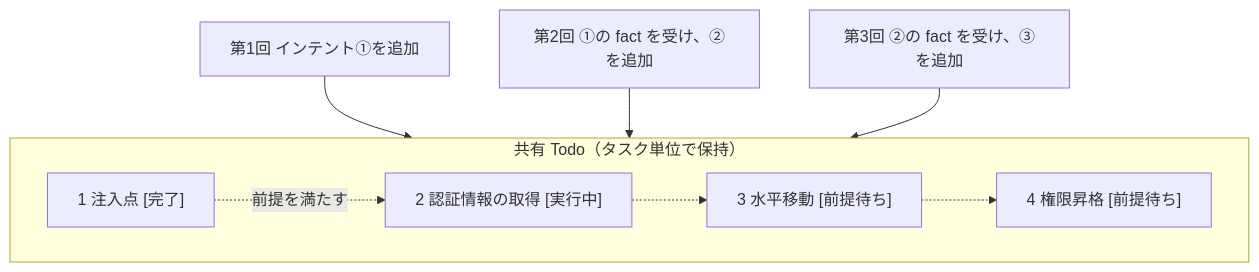
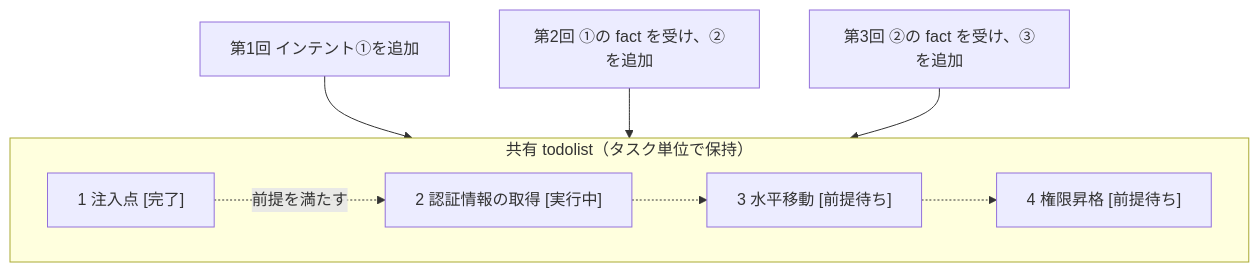
The fifth of 5 diagrams in README.md (hara-kazu/ARTEX-Japanese), drawn with Mermaid before and after one commit. The commit also changed other lines of this file and 103 other files, not shown here.

````diff
--- a/README.md
+++ b/README.md
@@ -512,14 +512,14 @@
 ```mermaid
 flowchart TB
-  subgraph TODO["共有 Todo（タスク単位で保持）"]
+  subgraph TODO["共有 todolist（タスク単位で保持）"]
     direction LR
     T1["1 注入点 [完了]"]
     T2["2 認証情報の取得 [実行中]"]
     T3["3 水平移動 [前提待ち]"]
     T4["4 権限昇格 [前提待ち]"]
     T1 -.前提を満たす.-> T2 -.-> T3 -.-> T4
   end
   R1["第1回 インテント①を追加"] --> T1
   R2["第2回 ①の fact を受け、②を追加"] --> T2
   R3["第3回 ②の fact を受け、③を追加"] --> T3
 ```
````
